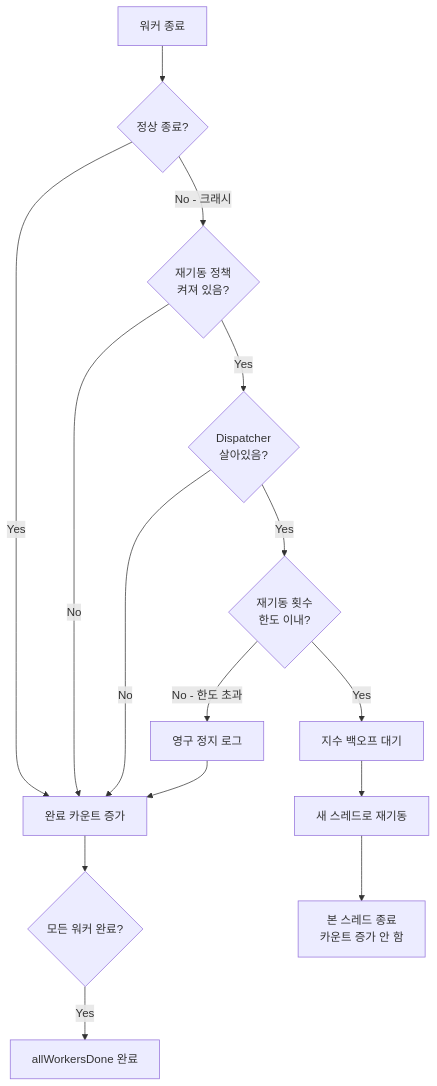
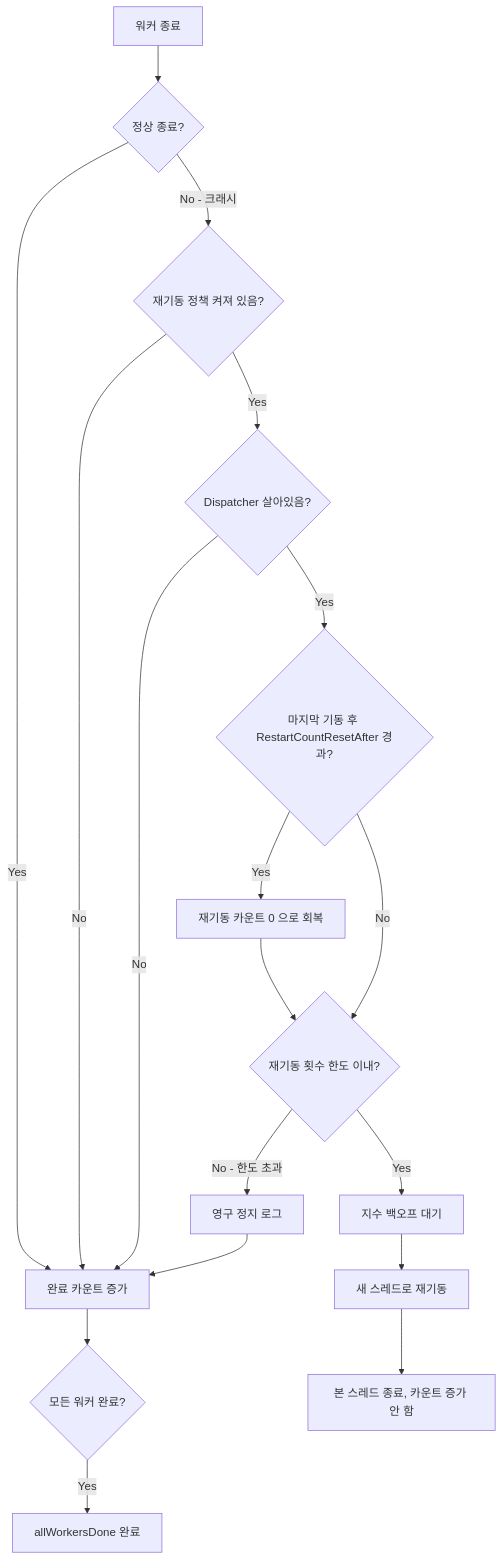
Before and after one commit to jacking75/JobDispatcherNET: the diagram in Book/chapter06.md, drawn with Mermaid. The commit also changed other lines of this file and 131 other files, not shown here.

````diff
--- a/Book/chapter06.md
+++ b/Book/chapter06.md
@@ -283,17 +462,20 @@
 ```mermaid
 flowchart TD
     A[워커 종료] --> B{정상 종료?}
     B -->|Yes| C[완료 카운트 증가]
-    B -->|No - 크래시| D{재기동 정책\n켜져 있음?}
+    B -->|No - 크래시| D{재기동 정책 켜져 있음?}
     D -->|No| C
-    D -->|Yes| E{Dispatcher\n살아있음?}
+    D -->|Yes| E{Dispatcher 살아있음?}
     E -->|No| C
-    E -->|Yes| F{재기동 횟수\n한도 이내?}
+    E -->|Yes| R{마지막 기동 후 RestartCountResetAfter 경과?}
+    R -->|Yes| S[재기동 카운트 0 으로 회복]
+    R -->|No| F
+    S --> F{재기동 횟수 한도 이내?}
     F -->|No - 한도 초과| G[영구 정지 로그]
     G --> C
     F -->|Yes| H[지수 백오프 대기]
     H --> I[새 스레드로 재기동]
-    I --> J[본 스레드 종료\n카운트 증가 안 함]
+    I --> J[본 스레드 종료, 카운트 증가 안 함]
     C --> K{모든 워커 완료?}
     K -->|Yes| L[allWorkersDone 완료]
 ```
````
